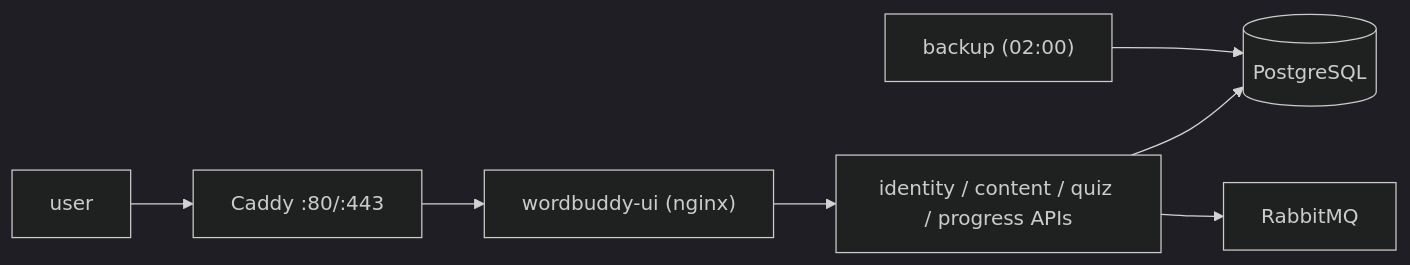
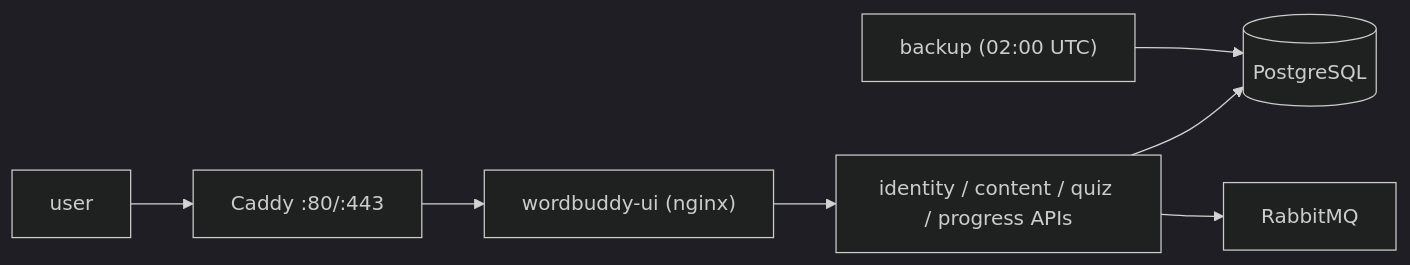
The diagram in docs/deployment/single-host.md (hunglu/WordBuddy), drawn with Mermaid (dark theme) before and after one commit. The commit also changed other lines of this file and 32 other files, not shown here.

````diff
--- a/docs/deployment/single-host.md
+++ b/docs/deployment/single-host.md
@@ -5,7 +5,7 @@
 ```mermaid
 flowchart LR
   user --> caddy["Caddy :80/:443"] --> ui["wordbuddy-ui (nginx)"] --> apis["identity / content / quiz / progress APIs"]
   apis --> pg[(PostgreSQL)]
   apis --> mq[RabbitMQ]
-  backup["backup (02:00)"] --> pg
+  backup["backup (02:00 UTC)"] --> pg
 ```
````
